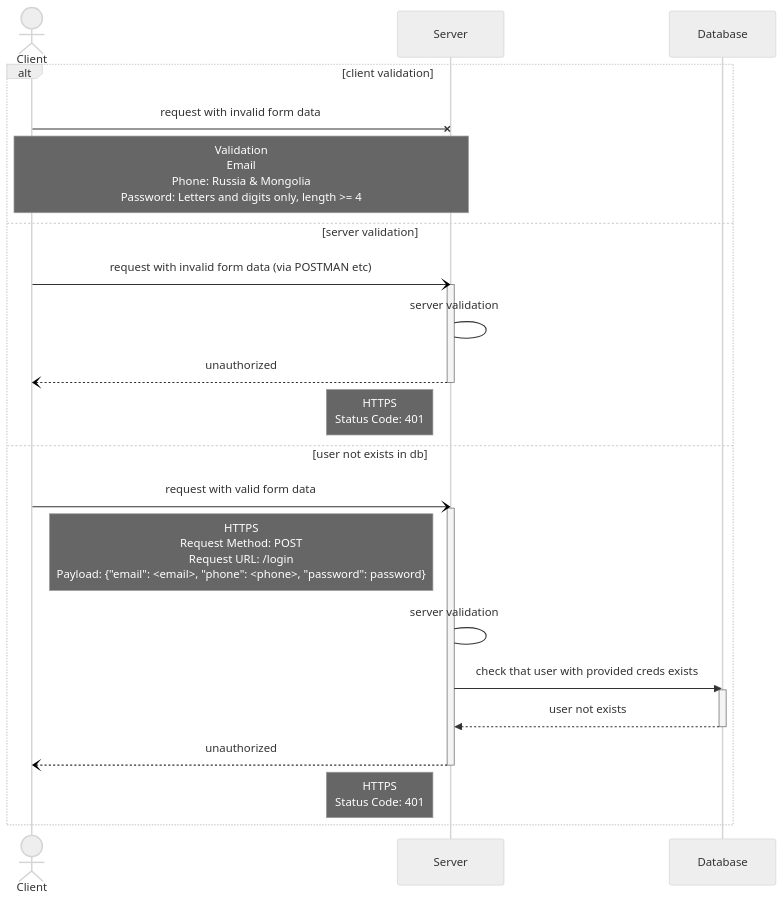
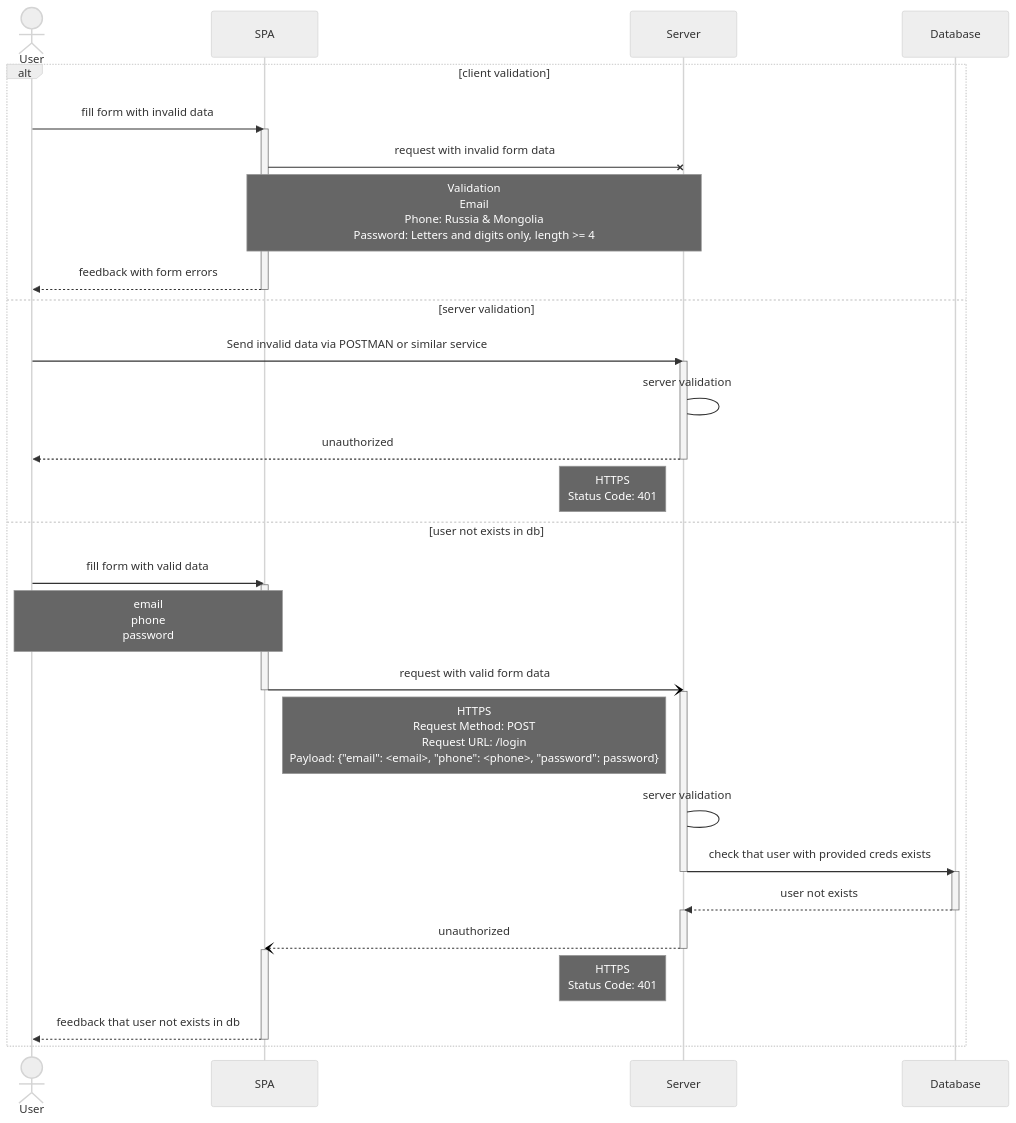
Before and after one commit to reznikovAndrey/Reznikov_rmr_hw_server: the diagram in sequence diagrams/ErrorAuth.md, drawn with Mermaid (neutral theme). The commit also changed 1 other file, not shown here.

Commit message:
refactor sequence diagrams
Separate client on actor `User` and participant `SPA`

````diff
--- a/sequence diagrams/ErrorAuth.md
+++ b/sequence diagrams/ErrorAuth.md
@@ -1,33 +1,52 @@
 ```mermaid
 sequenceDiagram
-  actor Client
+  actor User
+  participant SPA
   participant Server
   participant Database
 
   alt client validation
-    Client-xServer: request with invalid form data
-    Note over Client, Server: Validation <br> Email <br> Phone: Russia & Mongolia <br> Password: Letters and digits only, length >= 4
+    User->>SPA: fill form with invalid data
+
+    activate SPA
+    SPA-xServer: request with invalid form data
+    Note over SPA, Server: Validation <br> Email <br> Phone: Russia & Mongolia <br> Password: Letters and digits only, length >= 4
+    SPA-->>User: feedback with form errors
+    deactivate SPA
   else server validation
-    Client-)Server: request with invalid form data (via POSTMAN etc)
+    User->>Server: Send invalid data via POSTMAN or similar service
+
     activate Server
     Server->Server: server validation
-    Server--)Client: unauthorized
+    Server-->>User: unauthorized
     deactivate Server
     Note left of Server: HTTPS <br> Status Code: 401
   else user not exists in db
-    Client-)Server: request with valid form data
+    User->>SPA: fill form with valid data
+
+    activate SPA
+    Note over User, SPA: email <br> phone <br> password
+    SPA-)Server: request with valid form data
+    deactivate SPA
+
     activate Server
-    Note right of Client: HTTPS <br> Request Method: POST <br> Request URL: /login <br> Payload: {"email": <email>, "phone": <phone>, "password": password}
-
+    Note right of SPA: HTTPS <br> Request Method: POST <br> Request URL: /login <br> Payload: {"email": <email>, "phone": <phone>, "password": password}
     Server->Server: server validation
     Server->>Database: check that user with provided creds exists
+    deactivate Server
+
     activate Database
-
     Database-->>Server: user not exists
     deactivate Database
 
-    Server--)Client: unauthorized
+    activate Server
+    Server--)SPA: unauthorized
     deactivate Server
+    
+
+    activate SPA
     Note left of Server: HTTPS <br> Status Code: 401
+    SPA-->>User: feedback that user not exists in db
+    deactivate SPA
   end
 ```
````
